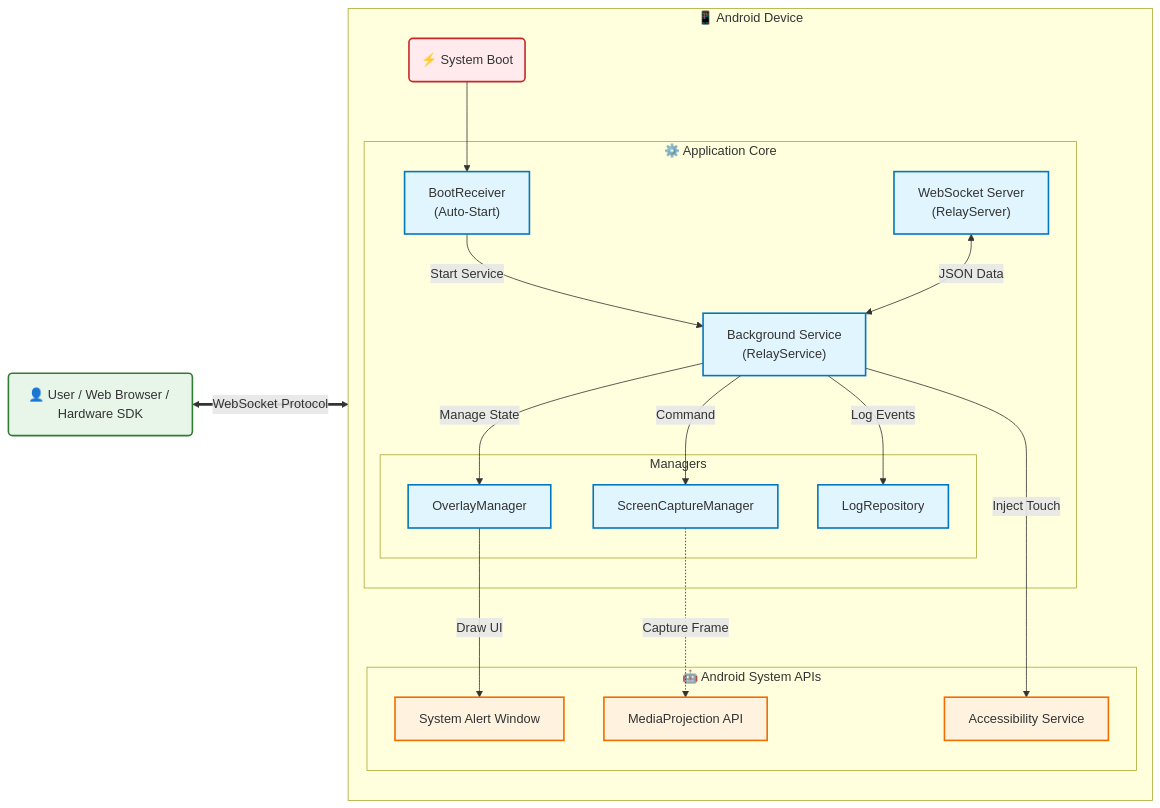
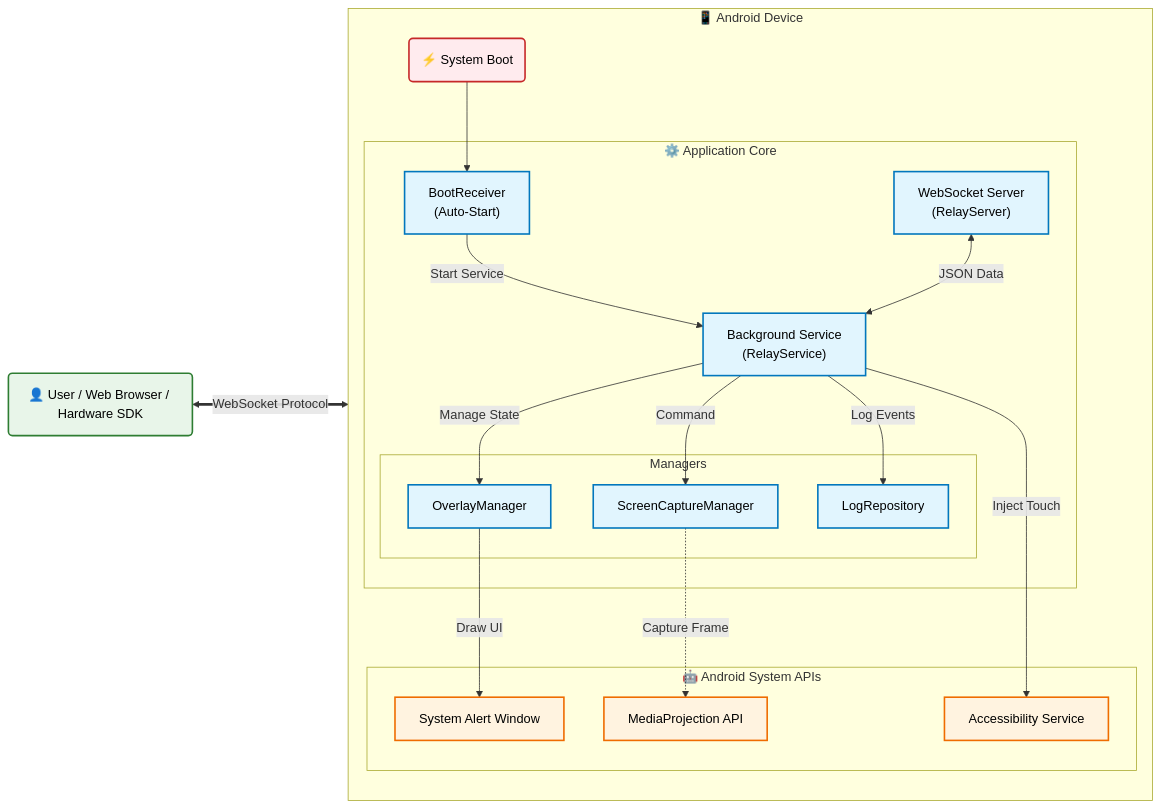
One commit to Kritchanaxt/android-screen-relay changed the diagram in README.md. Above: the diagram before and after it, drawn with Mermaid.

````diff
--- a/README.md
+++ b/README.md
@@ -56,58 +56,58 @@
 ```mermaid
 graph LR
     %% Main Nodes
     User("👤 User / Web Browser / Hardware SDK")
     
     subgraph Android_Device ["📱 Android Device"]
         direction TB
         
         SystemBoot("⚡ System Boot")
         
         subgraph App_System ["⚙️ Application Core"]
             Boot["BootReceiver<br/>(Auto-Start)"]
             WS["WebSocket Server<br/>(RelayServer)"]
             Service["Background Service<br/>(RelayService)"]
             
             subgraph Managers ["Managers"]
                 ScreenMgr["ScreenCaptureManager"]
                 OverlayMgr["OverlayManager"]
                 Log["LogRepository"]
             end
         end
 
         subgraph Android_API ["🤖 Android System APIs"]
             OverlayAPI["System Alert Window"]
             AccessAPI["Accessibility Service"]
             MediaAPI["MediaProjection API"]
         end
 
         %% Connections
         SystemBoot --> Boot -->|"Start Service"| Service
         
         WS <-->|"JSON Data"| Service
         
         Service -->|"Manage State"| OverlayMgr
         Service -->|"Command"| ScreenMgr
         Service -->|"Log Events"| Log
         
         OverlayMgr -->|"Draw UI"| OverlayAPI
         ScreenMgr -.->|"Capture Frame"| MediaAPI
         
         Service -->|"Inject Touch"| AccessAPI
     end
 
     %% External Connections
     User <==>|"WebSocket Protocol"| WS
     
     %% Styling
-    classDef default fill:#f9f9f9,stroke:#333,stroke-width:1px;
-    classDef core fill:#e1f5fe,stroke:#0277bd,stroke-width:2px;
-    classDef system fill:#fff3e0,stroke:#ef6c00,stroke-width:2px;
-    classDef user fill:#e8f5e9,stroke:#2e7d32,stroke-width:2px;
-    classDef boot fill:#ffebee,stroke:#c62828,stroke-width:2px;
+    classDef default fill:#f9f9f9,stroke:#333,stroke-width:1px,color:#000;
+    classDef core fill:#e1f5fe,stroke:#0277bd,stroke-width:2px,color:#000;
+    classDef system fill:#fff3e0,stroke:#ef6c00,stroke-width:2px,color:#000;
+    classDef user fill:#e8f5e9,stroke:#2e7d32,stroke-width:2px,color:#000;
+    classDef boot fill:#ffebee,stroke:#c62828,stroke-width:2px,color:#000;
 
     class WS,Service,Log,Boot,ScreenMgr,OverlayMgr core;
     class OverlayAPI,AccessAPI,MediaAPI system;
     class User user;
     class SystemBoot boot;
 ```
````
